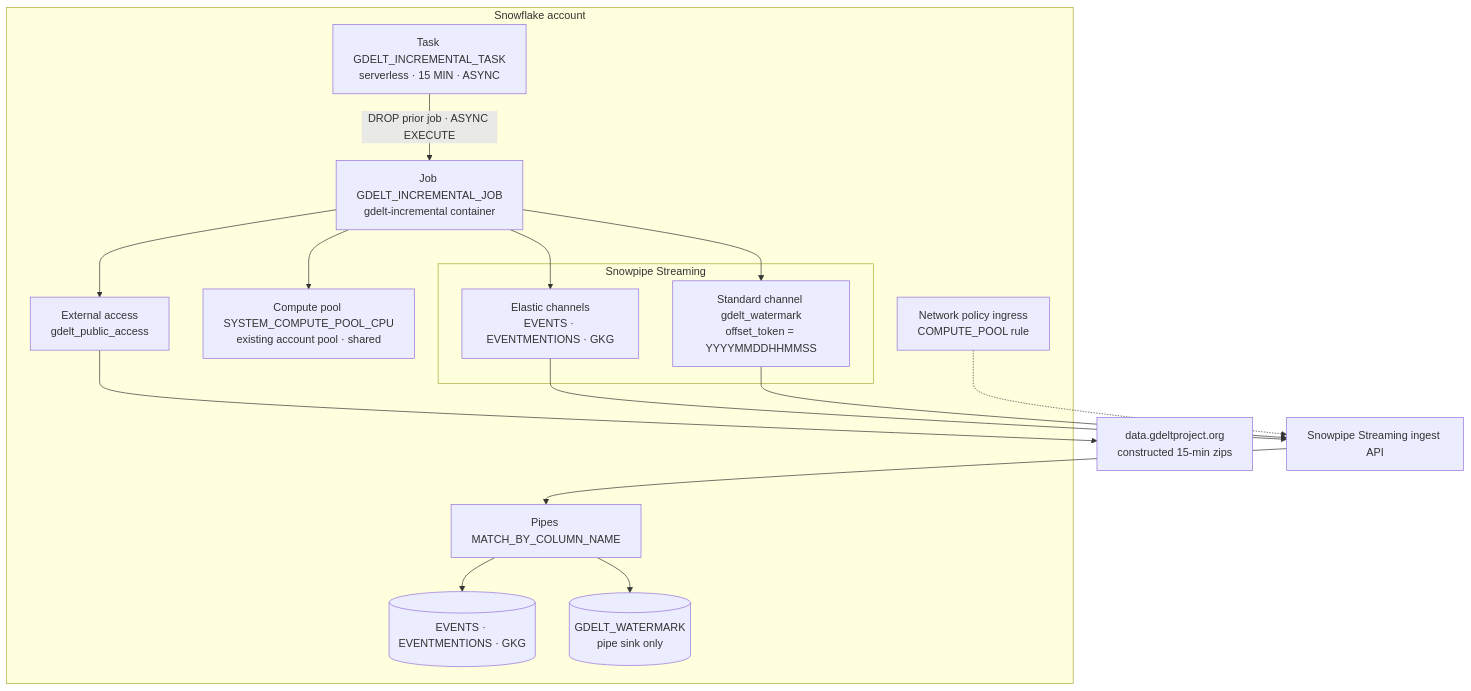
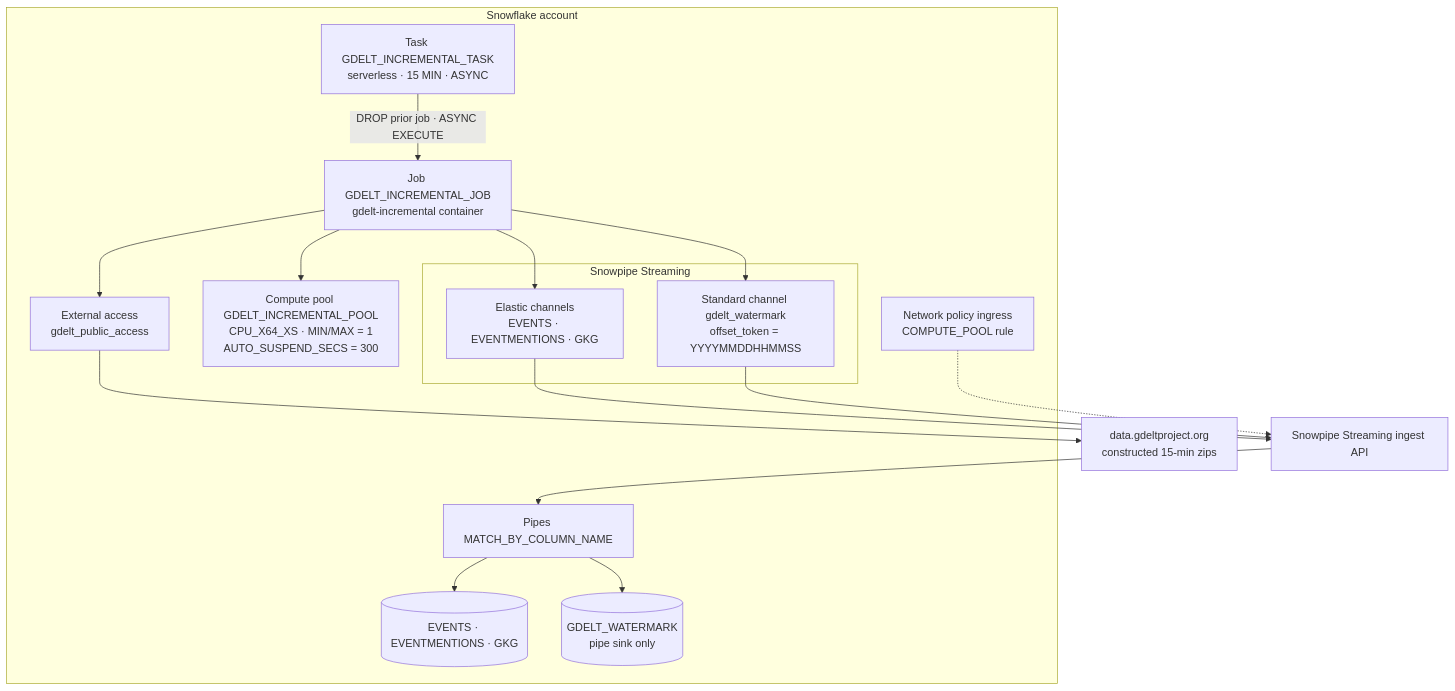
One commit to sfc-gh-bculberson/snowcat-streaming_gdelt changed the first of 3 diagrams in docs/architecture-and-cost.md. Above: the diagram before and after it, drawn with Mermaid. The commit also changed other lines of this file and 8 other files, not shown here.

````diff
--- a/docs/architecture-and-cost.md
+++ b/docs/architecture-and-cost.md
@@ -19,34 +19,34 @@
 ```mermaid
 flowchart TB
   subgraph Snowflake["Snowflake account"]
     Task["Task GDELT_INCREMENTAL_TASK<br/>serverless · 15 MIN · ASYNC"]
-    Pool["Compute pool SYSTEM_COMPUTE_POOL_CPU<br/>existing account pool · shared"]
+    Pool["Compute pool GDELT_INCREMENTAL_POOL<br/>CPU_X64_XS · MIN/MAX = 1<br/>AUTO_SUSPEND_SECS = 300"]
     Job["Job GDELT_INCREMENTAL_JOB<br/>gdelt-incremental container"]
 
     subgraph Streaming["Snowpipe Streaming"]
       EC["Elastic channels<br/>EVENTS · EVENTMENTIONS · GKG"]
       WM["Standard channel gdelt_watermark<br/>offset_token = YYYYMMDDHHMMSS"]
     end
 
     Pipes["Pipes MATCH_BY_COLUMN_NAME"]
     Tables[("EVENTS · EVENTMENTIONS · GKG")]
     Sink[("GDELT_WATERMARK<br/>pipe sink only")]
     EAI["External access<br/>gdelt_public_access"]
     NP["Network policy ingress<br/>COMPUTE_POOL rule"]
   end
 
   GDELT["data.gdeltproject.org<br/>constructed 15-min zips"]
   IngestAPI["Snowpipe Streaming ingest API"]
 
   Task -->|"DROP prior job · ASYNC EXECUTE"| Job
   Job --> Pool
   Job --> EAI --> GDELT
   Job --> EC
   Job --> WM
   EC --> IngestAPI
   WM --> IngestAPI
   IngestAPI --> Pipes
   Pipes --> Tables
   Pipes --> Sink
   NP -.-> IngestAPI
 ```
````
